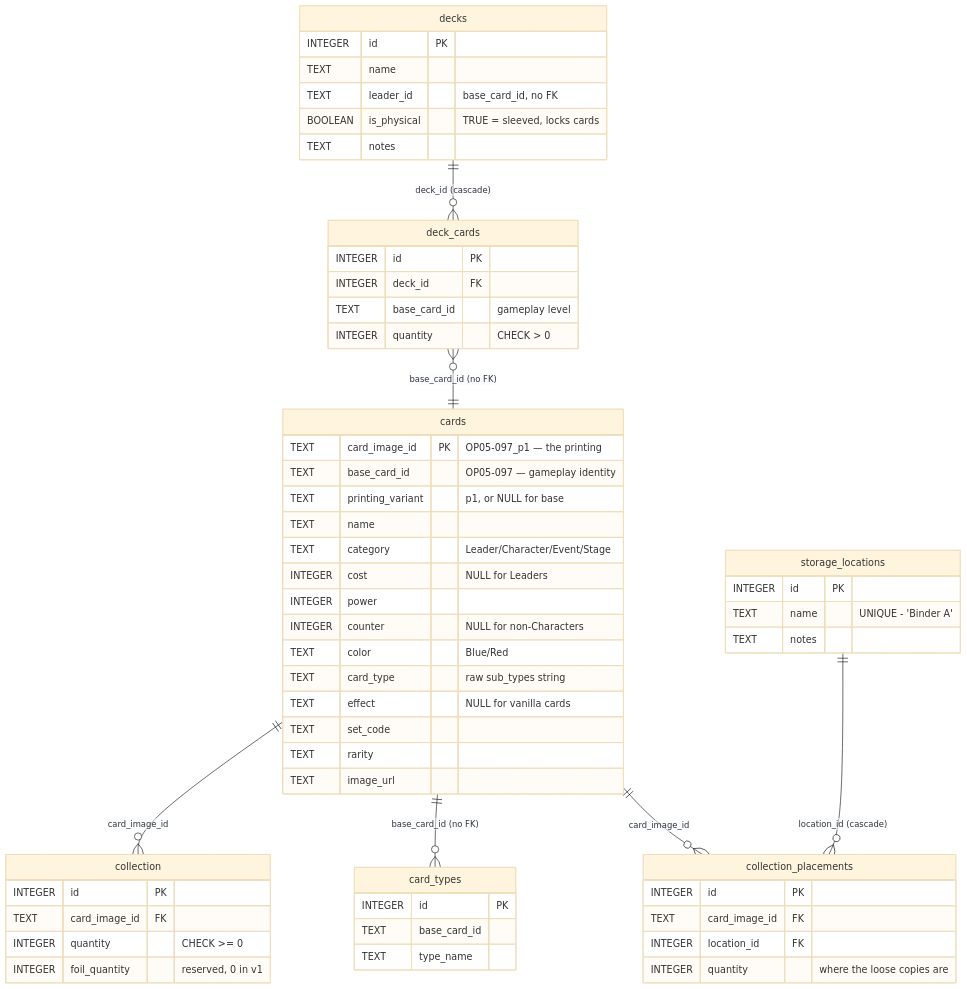
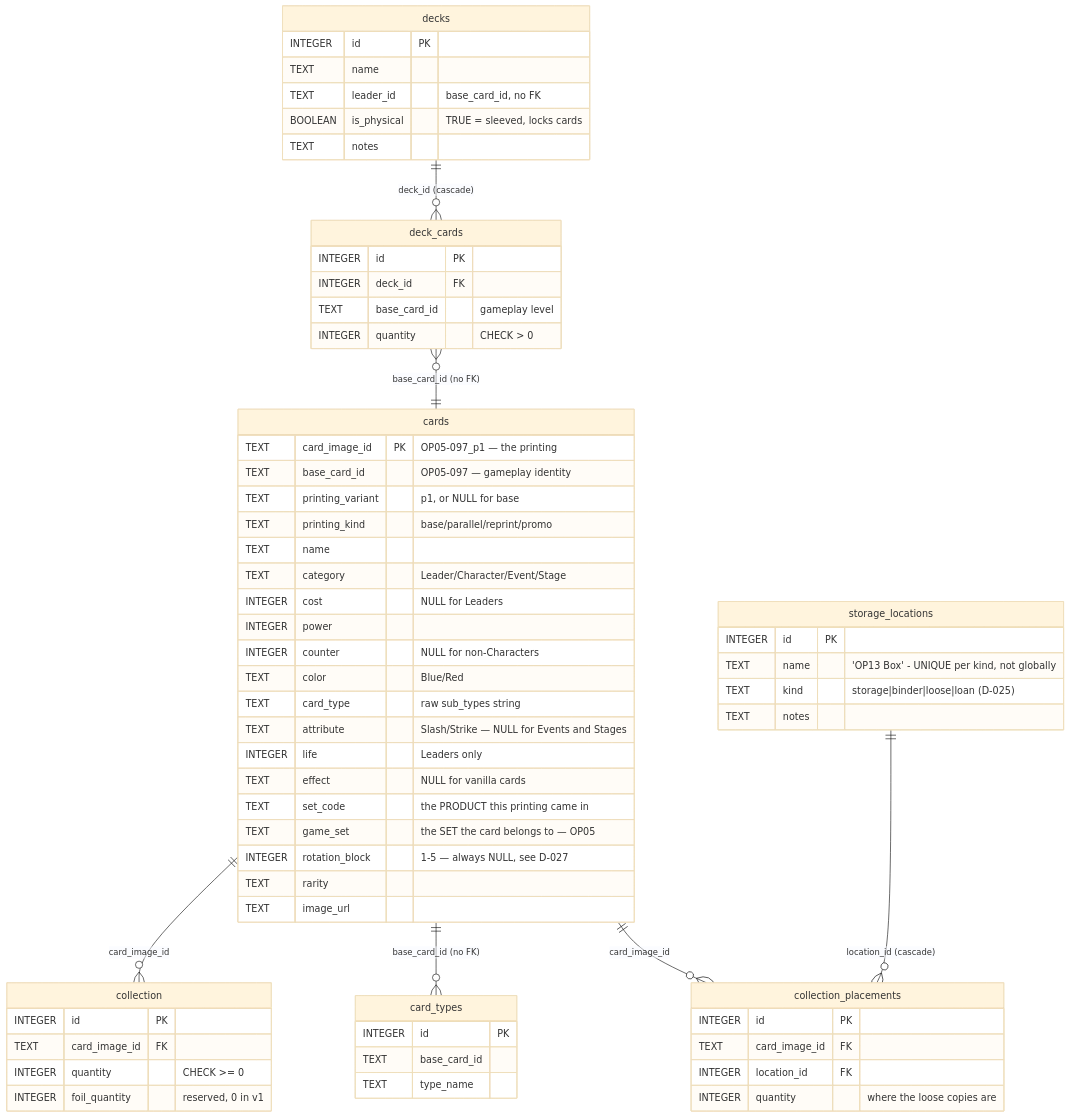
One commit to ThePowerofD/onepiece-card-keeper changed the first of 2 diagrams in DESIGN.md. Above: the diagram before and after it, drawn with Mermaid (base theme). The commit also changed other lines of this file and 21 other files, not shown here.

Commit message:
Land D-025 to D-029: location kinds, drop available_cards, card fields, set/product split, resolve API id collisions

````diff
--- a/DESIGN.md
+++ b/DESIGN.md
@@ -108,61 +119,67 @@
 ```mermaid
 erDiagram
     cards ||--o{ collection : "card_image_id"
     cards ||--o{ card_types : "base_card_id (no FK)"
     cards ||--o{ collection_placements : "card_image_id"
     storage_locations ||--o{ collection_placements : "location_id (cascade)"
     decks ||--o{ deck_cards : "deck_id (cascade)"
     deck_cards }o--|| cards : "base_card_id (no FK)"
 
     cards {
         TEXT card_image_id PK "OP05-097_p1 — the printing"
         TEXT base_card_id "OP05-097 — gameplay identity"
         TEXT printing_variant "p1, or NULL for base"
+        TEXT printing_kind "base/parallel/reprint/promo"
         TEXT name
         TEXT category "Leader/Character/Event/Stage"
         INTEGER cost "NULL for Leaders"
         INTEGER power
         INTEGER counter "NULL for non-Characters"
         TEXT color "Blue/Red"
         TEXT card_type "raw sub_types string"
+        TEXT attribute "Slash/Strike — NULL for Events and Stages"
+        INTEGER life "Leaders only"
         TEXT effect "NULL for vanilla cards"
-        TEXT set_code
+        TEXT set_code "the PRODUCT this printing came in"
+        TEXT game_set "the SET the card belongs to — OP05"
+        INTEGER rotation_block "1-5 — always NULL, see D-027"
         TEXT rarity
         TEXT image_url
     }
     collection {
         INTEGER id PK
         TEXT card_image_id FK
         INTEGER quantity "CHECK >= 0"
         INTEGER foil_quantity "reserved, 0 in v1"
     }
     storage_locations {
         INTEGER id PK
-        TEXT name "UNIQUE - 'Binder A'"
+        TEXT name "'OP13 Box' - UNIQUE per kind, not globally"
+        TEXT kind "storage|binder|loose|loan (D-025)"
         TEXT notes
     }
     collection_placements {
         INTEGER id PK
         TEXT card_image_id FK
         INTEGER location_id FK
         INTEGER quantity "where the loose copies are"
     }
     decks {
         INTEGER id PK
         TEXT name
         TEXT leader_id "base_card_id, no FK"
         BOOLEAN is_physical "TRUE = sleeved, locks cards"
         TEXT notes
     }
     deck_cards {
         INTEGER id PK
         INTEGER deck_id FK
         TEXT base_card_id "gameplay level"
         INTEGER quantity "CHECK > 0"
     }
     card_types {
         INTEGER id PK
         TEXT base_card_id
         TEXT type_name
     }
 ```
````
